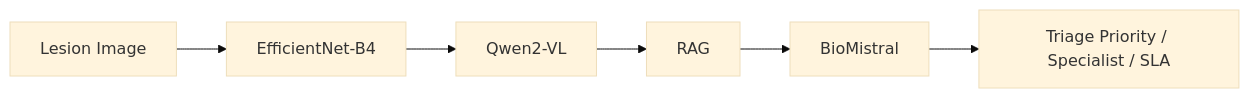
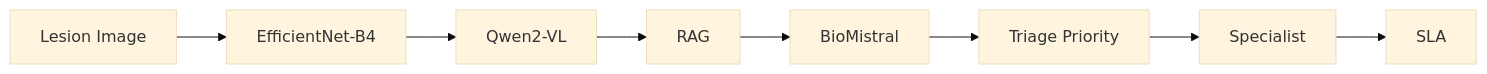
The first of 2 diagrams in README.md (basil-github/basil-github), drawn with Mermaid (base theme) before and after one commit. The commit also changed other lines of this file, not shown here.

````diff
--- a/README.md
+++ b/README.md
@@ -44,8 +72,10 @@
 ```mermaid
 flowchart LR
     A[Lesion Image] --> B[EfficientNet-B4]
     B --> C[Qwen2-VL]
     C --> D[RAG]
     D --> E[BioMistral]
-    E --> F[Triage Priority / Specialist / SLA]
+    E --> F[Triage Priority]
+    F --> G[Specialist]
+    G --> H[SLA]
 ```
````
